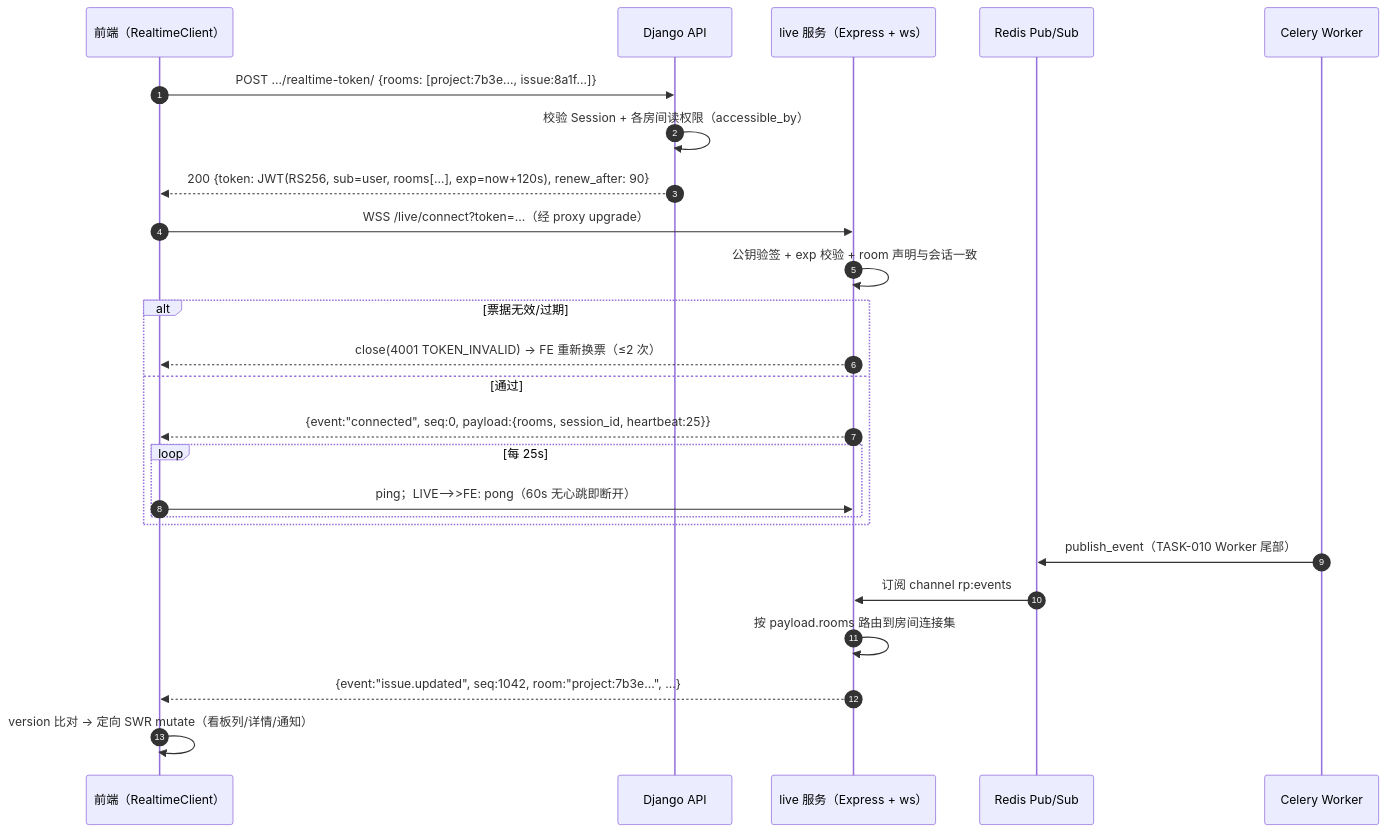
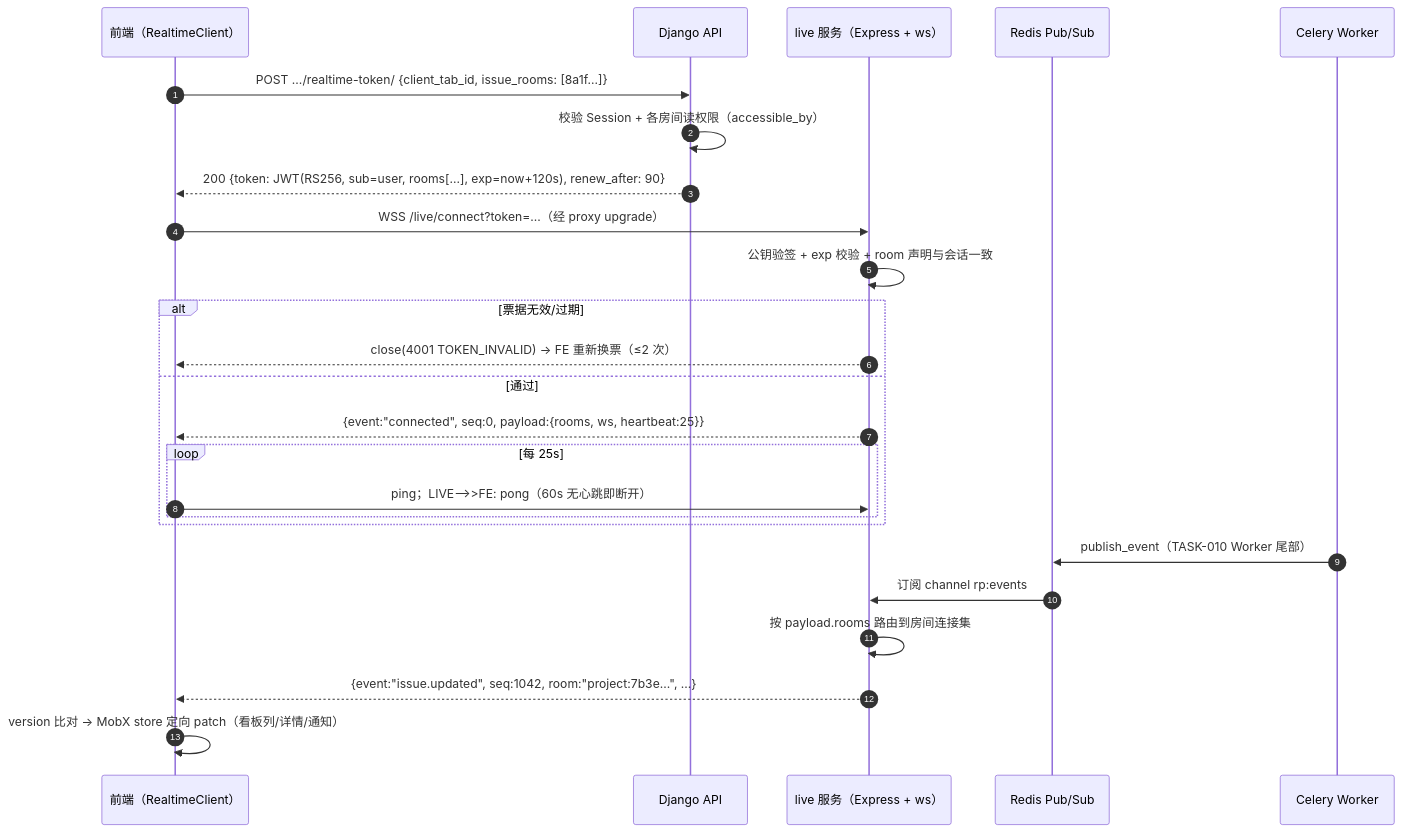
The first of 3 diagrams in docs/sprint-3-views-collab/COLLAB-004-websocket-sync.md (RabbitAI-Lab/RabbitProjects), drawn with Mermaid before and after one commit. The commit also changed other lines of this file and 5 other files, not shown here.

````diff
--- a/docs/sprint-3-views-collab/COLLAB-004-websocket-sync.md
+++ b/docs/sprint-3-views-collab/COLLAB-004-websocket-sync.md
@@ -113,28 +113,28 @@
 ```mermaid
 sequenceDiagram
     autonumber
     participant FE as 前端（RealtimeClient）
     participant API as Django API
     participant LIVE as live 服务（Express + ws）
     participant R as Redis Pub/Sub
     participant CW as Celery Worker
 
-    FE->>API: POST …/realtime-token/ {rooms: [project:7b3e…, issue:8a1f…]}
+    FE->>API: POST …/realtime-token/ {client_tab_id, issue_rooms: [8a1f…]}
     API->>API: 校验 Session + 各房间读权限（accessible_by）
     API-->>FE: 200 {token: JWT(RS256, sub=user, rooms[…], exp=now+120s), renew_after: 90}
     FE->>LIVE: WSS /live/connect?token=…（经 proxy upgrade）
     LIVE->>LIVE: 公钥验签 + exp 校验 + room 声明与会话一致
     alt 票据无效/过期
         LIVE-->>FE: close(4001 TOKEN_INVALID) → FE 重新换票（≤2 次）
     else 通过
-        LIVE-->>FE: {event:"connected", seq:0, payload:{rooms, session_id, heartbeat:25}}
+        LIVE-->>FE: {event:"connected", seq:0, payload:{rooms, ws, heartbeat:25}}
         loop 每 25s
             FE->>LIVE: ping；LIVE-->>FE: pong（60s 无心跳即断开）
         end
     end
     CW->>R: publish_event（TASK-010 Worker 尾部）
     R->>LIVE: 订阅 channel rp:events
     LIVE->>LIVE: 按 payload.rooms 路由到房间连接集
     LIVE-->>FE: {event:"issue.updated", seq:1042, room:"project:7b3e…", …}
-    FE->>FE: version 比对 → 定向 SWR mutate（看板列/详情/通知）
+    FE->>FE: version 比对 → MobX store 定向 patch（看板列/详情/通知）
 ```
````
